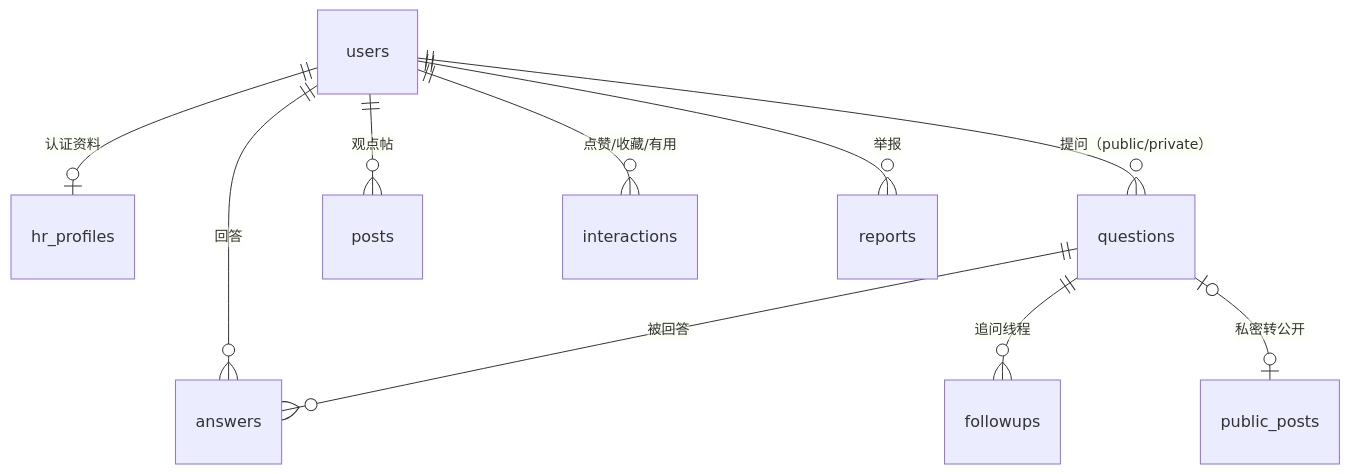
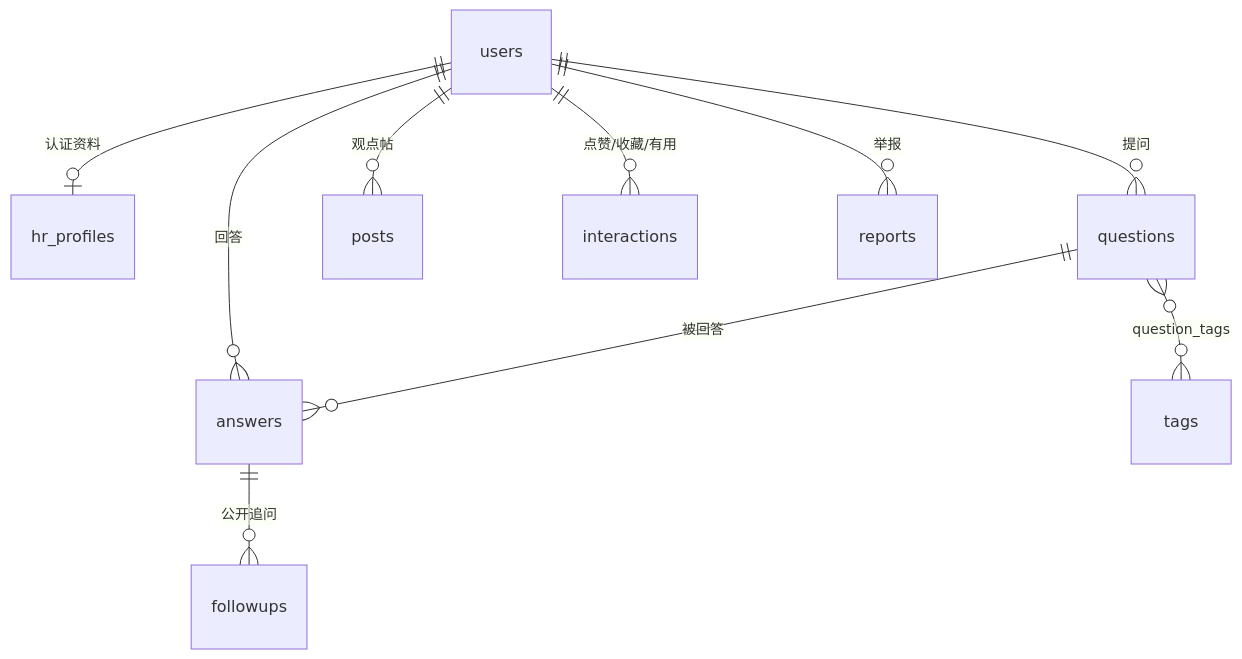
Before and after one commit to Clover1218/CareerQ: the second of 3 diagrams in docs/技术方案-CareerQ.md, drawn with Mermaid. The commit also changed other lines of this file and 32 other files, not shown here.

````diff
--- a/docs/技术方案-CareerQ.md
+++ b/docs/技术方案-CareerQ.md
@@ -92,12 +75,12 @@
 ```mermaid
 erDiagram
     users ||--o| hr_profiles : "认证资料"
-    users ||--o{ questions : "提问（public/private）"
+    users ||--o{ questions : "提问"
     users ||--o{ answers : "回答"
     questions ||--o{ answers : "被回答"
-    questions ||--o{ followups : "追问线程"
-    questions o|--o| public_posts : "私密转公开"
+    answers ||--o{ followups : "公开追问"
+    questions }o--o{ tags : "question_tags"
     users ||--o{ posts : "观点帖"
     users ||--o{ interactions : "点赞/收藏/有用"
     users ||--o{ reports : "举报"
 ```
````
